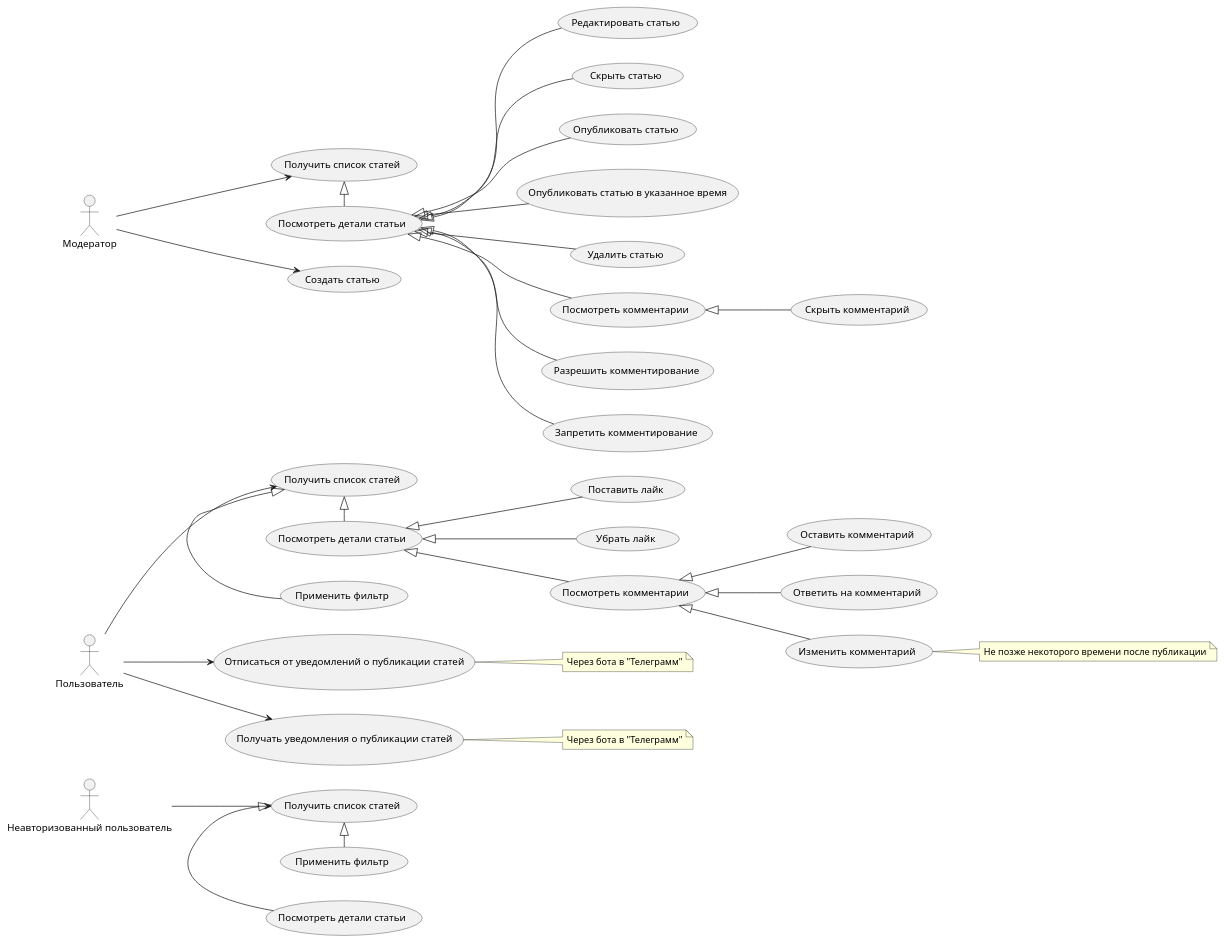
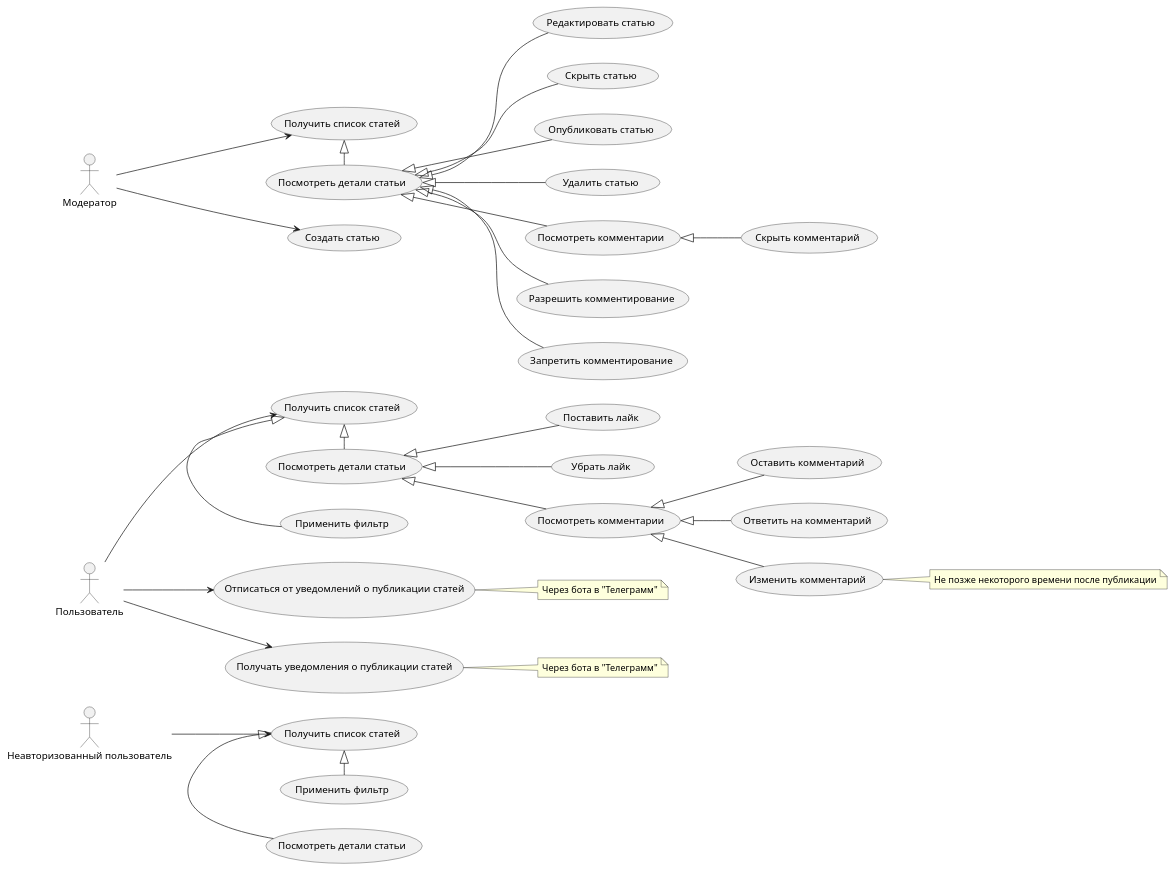
One commit to Nike073i/road-safety changed the diagram in docs/design/usecases/articles.puml. Above: the diagram before and after it, drawn with PlantUML.

Commit message:
remove: Удален вариант отложенной публикации статьи
Отложенная публикация статьи будет реализована в последующих версиях

```diff
--- a/docs/design/usecases/articles.puml
+++ b/docs/design/usecases/articles.puml
@@ -1,87 +1,85 @@
 @startuml articles
 
 left to right direction
 
 ' Неавторизованный пользователь
     actor "Неавторизованный пользователь" as UnknownUser
 
     usecase "Получить список статей" as uc_guest_get_articles
     usecase "Посмотреть детали статьи" as uc_guest_get_article_details
     usecase "Применить фильтр" as uc_guest_get_articles_by_filter
 
     uc_guest_get_articles <|- uc_guest_get_article_details
     uc_guest_get_articles <|- uc_guest_get_articles_by_filter
     
     UnknownUser --> uc_guest_get_articles
 
 ' Пользователь
     actor "Пользователь" as User
 
     usecase "Получить список статей" as uc_user_get_articles
     usecase "Применить фильтр" as uc_user_get_articles_by_filter
     usecase "Посмотреть детали статьи" as uc_user_get_article_details
     usecase "Посмотреть комментарии" as uc_user_get_article_comments
     usecase "Поставить лайк" as uc_like_article
     usecase "Убрать лайк" as uc_unlike_article
     usecase "Оставить комментарий" as uc_publish_comment
     usecase "Ответить на комментарий" as uc_reply_comment
     usecase "Изменить комментарий" as uc_edit_comment
     usecase "Получать уведомления о публикации статей" as uc_subscribe_new_articles
     usecase "Отписаться от уведомлений о публикации статей" as uc_unsubscribe_new_articles
 
     note right of uc_subscribe_new_articles
         Через бота в "Телеграмм"
     end note
 
     note right of uc_unsubscribe_new_articles
         Через бота в "Телеграмм"
     end note
 
     note right of uc_edit_comment
         Не позже некоторого времени после публикации
     end note
 
     uc_user_get_articles <|- uc_user_get_articles_by_filter
     uc_user_get_articles <|- uc_user_get_article_details
     uc_user_get_article_details <|-- uc_like_article
     uc_user_get_article_details <|-- uc_unlike_article
     uc_user_get_article_details <|-- uc_user_get_article_comments
     uc_user_get_article_comments <|-- uc_publish_comment
     uc_user_get_article_comments <|-- uc_reply_comment
     uc_user_get_article_comments <|-- uc_edit_comment
 
     User --> uc_user_get_articles
     User --> uc_subscribe_new_articles
     User --> uc_unsubscribe_new_articles
 
 ' Модератор пользователь
     actor "Модератор" as Moderator
     
     usecase "Получить список статей" as uc_moderator_get_articles
     usecase "Посмотреть детали статьи" as uc_moderator_get_article_details
     usecase "Создать статью" as uc_create_article
     usecase "Редактировать статью" as uc_edit_arrticle
     usecase "Скрыть статью" as uc_hide_article
     usecase "Опубликовать статью" as uc_publish_article
-    usecase "Опубликовать статью в указанное время" as uc_publish_article_at_time
     usecase "Удалить статью" as uc_remove_article
     usecase "Посмотреть комментарии" as uc_moderator_get_article_comments
     usecase "Разрешить комментирование" as uc_enable_comments
     usecase "Запретить комментирование" as uc_disable_comments
     usecase "Скрыть комментарий" as uc_hide_comment
 
     uc_moderator_get_articles <|- uc_moderator_get_article_details
     uc_moderator_get_article_details <|--uc_edit_arrticle
     uc_moderator_get_article_details <|--uc_hide_article
     uc_moderator_get_article_details <|--uc_publish_article
-    uc_moderator_get_article_details <|--uc_publish_article_at_time
     uc_moderator_get_article_details <|--uc_remove_article
     uc_moderator_get_article_details <|--uc_enable_comments
     uc_moderator_get_article_details <|--uc_disable_comments
     uc_moderator_get_article_details <|--uc_moderator_get_article_comments
     uc_moderator_get_article_comments <|--uc_hide_comment
 
     Moderator --> uc_moderator_get_articles
     Moderator --> uc_create_article
 
 @enduml
```
